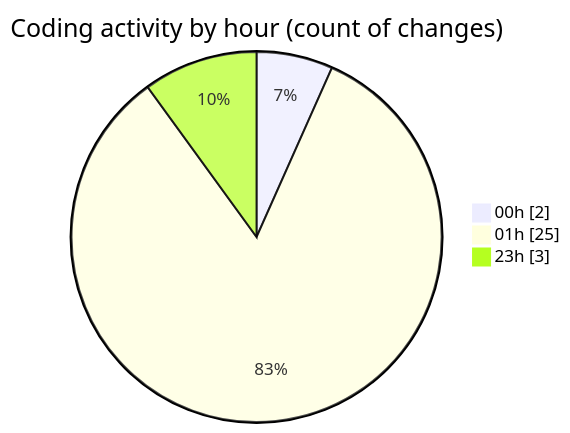
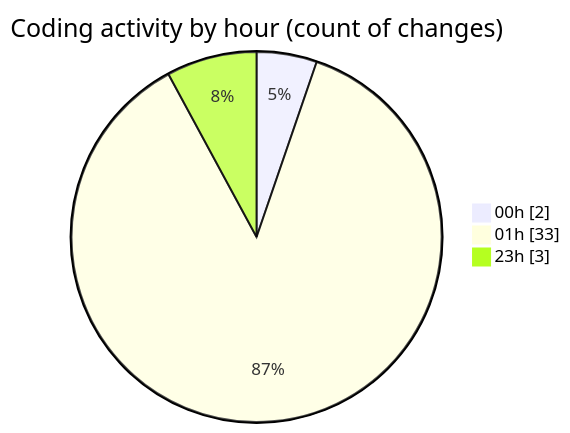
One commit to lephambinh05/code-tracking changed the second of 2 diagrams in 2025-07-16/nhahang/README.md. Above: the diagram before and after it, drawn with Mermaid. The commit also changed other lines of this file and 1 other file, not shown here.

````diff
--- a/2025-07-16/nhahang/README.md
+++ b/2025-07-16/nhahang/README.md
@@ -44,7 +44,7 @@
 ```mermaid
 pie showData
 title Coding activity by hour (count of changes)
 "00h" : 2
-"01h" : 25
+"01h" : 33
 "23h" : 3
 ```
````
